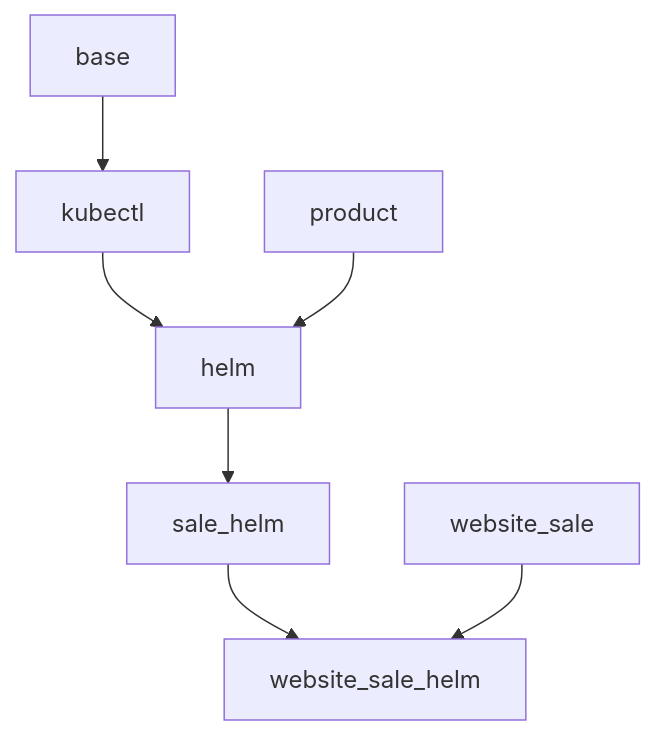
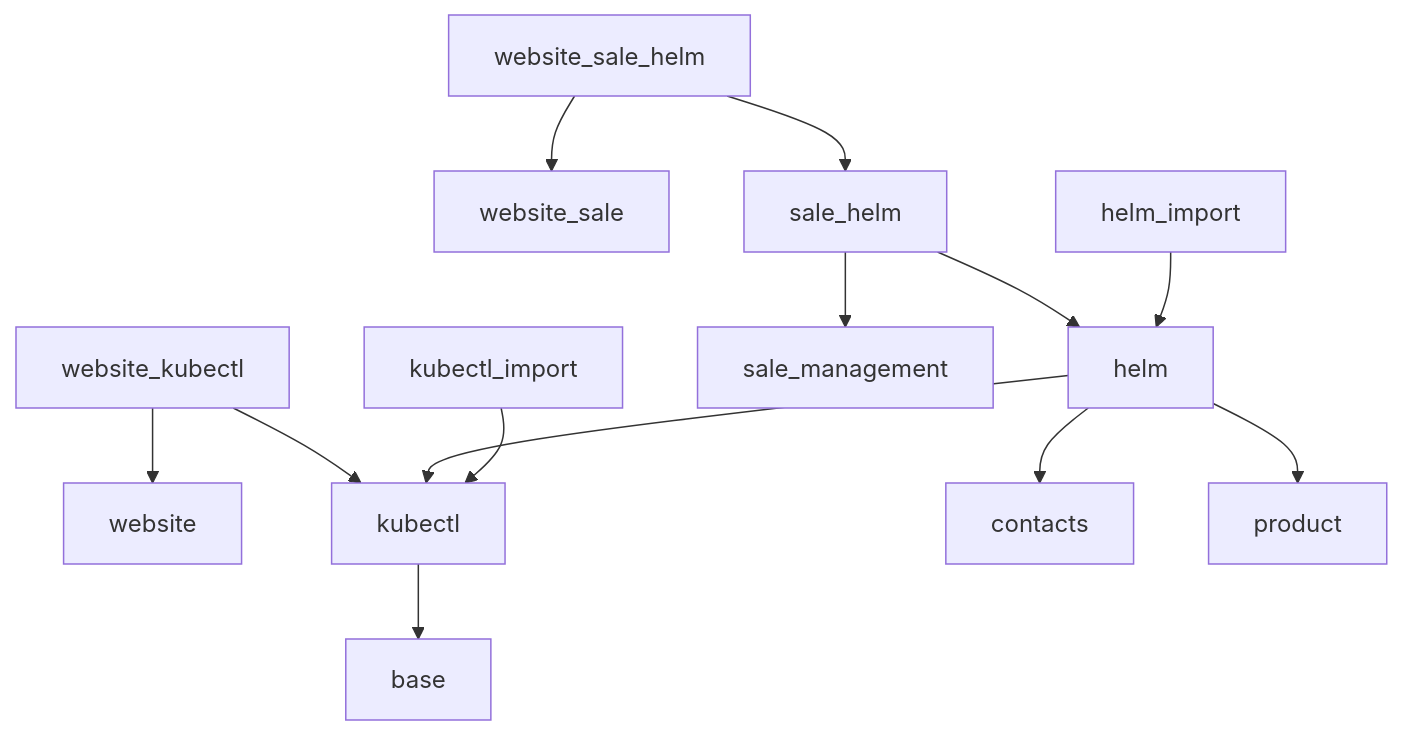
Before and after one commit to Mint-System/Odoo-Wiki: the diagram in Mint Cloud.md, drawn with Mermaid.

Commit message:
vault backup: 2026-01-21 17:24:06

````diff
--- a/Mint Cloud.md
+++ b/Mint Cloud.md
@@ -30,9 +30,15 @@
 ```mermaid
 graph TD
-  base --> kubectl
-  kubectl --> helm
-  product --> helm
-  helm --> sale_helm
-  sale_helm --> website_sale_helm
-  website_sale --> website_sale_helm
+    website_kubectl --> website
+    website_kubectl --> kubectl
+    kubectl --> base
+    website_sale_helm --> website_sale
+    website_sale_helm --> sale_helm
+    sale_helm --> helm
+    sale_helm --> sale_management
+    helm_import --> helm
+    helm --> contacts
+    helm --> product
+    helm --> kubectl
+    kubectl_import --> kubectl
 ```
````
